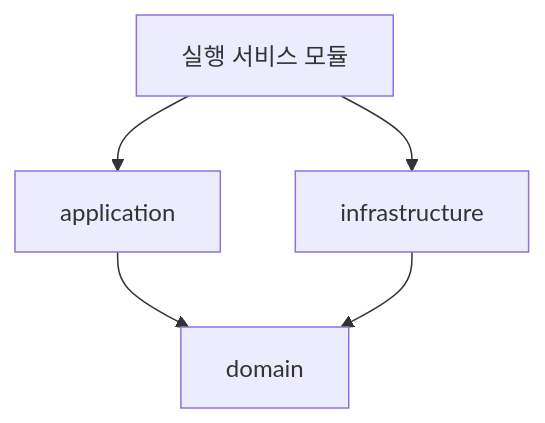
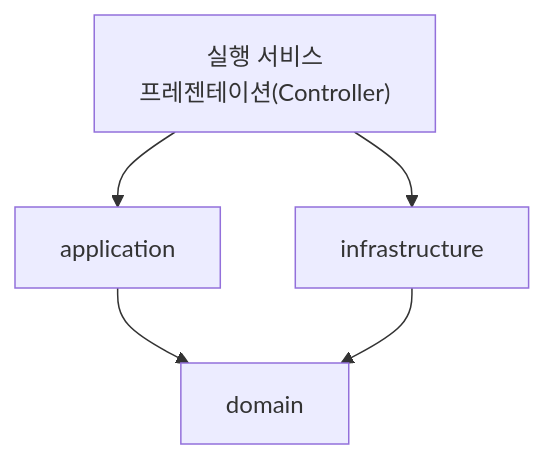
Before and after one commit to johnycho/johny-dev: the first of 2 diagrams in blog/2026-08-24-ddd-layered-multimodule.mdx, drawn with Mermaid. The commit also changed other lines of this file and 5 other files, not shown here.

````diff
--- a/blog/2026-08-24-ddd-layered-multimodule.mdx
+++ b/blog/2026-08-24-ddd-layered-multimodule.mdx
@@ -86,7 +130,7 @@
 ```mermaid
 flowchart TD
-  S[실행 서비스 모듈] --> A[application]
+  S["실행 서비스<br/>프레젠테이션(Controller)"] --> A[application]
   S --> I[infrastructure]
   A --> D[domain]
   I --> D
 ```
````
